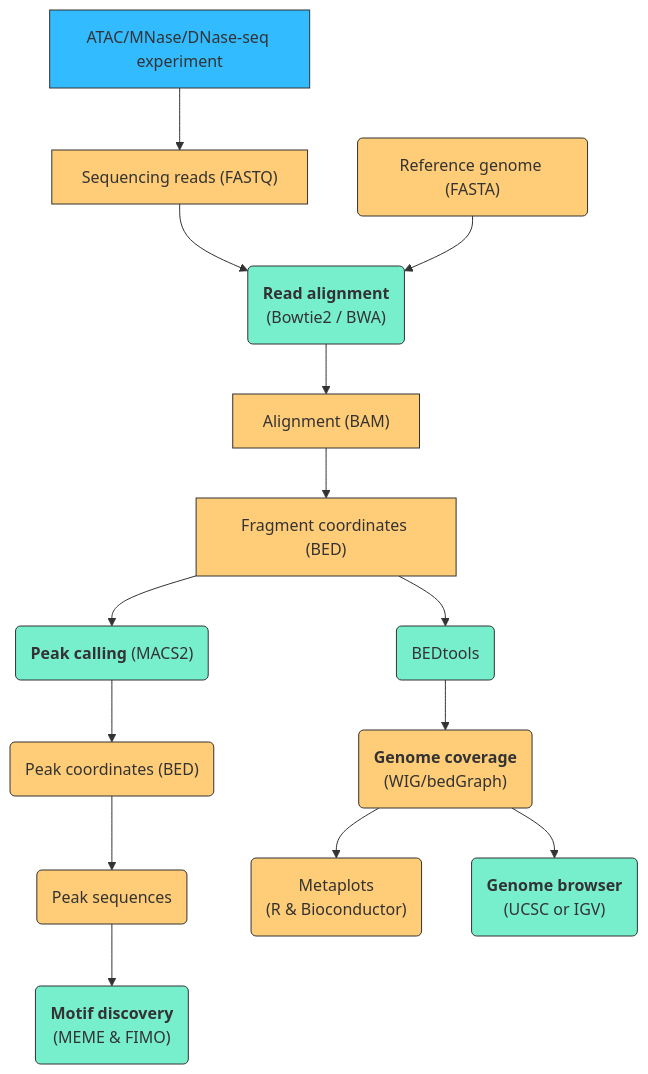
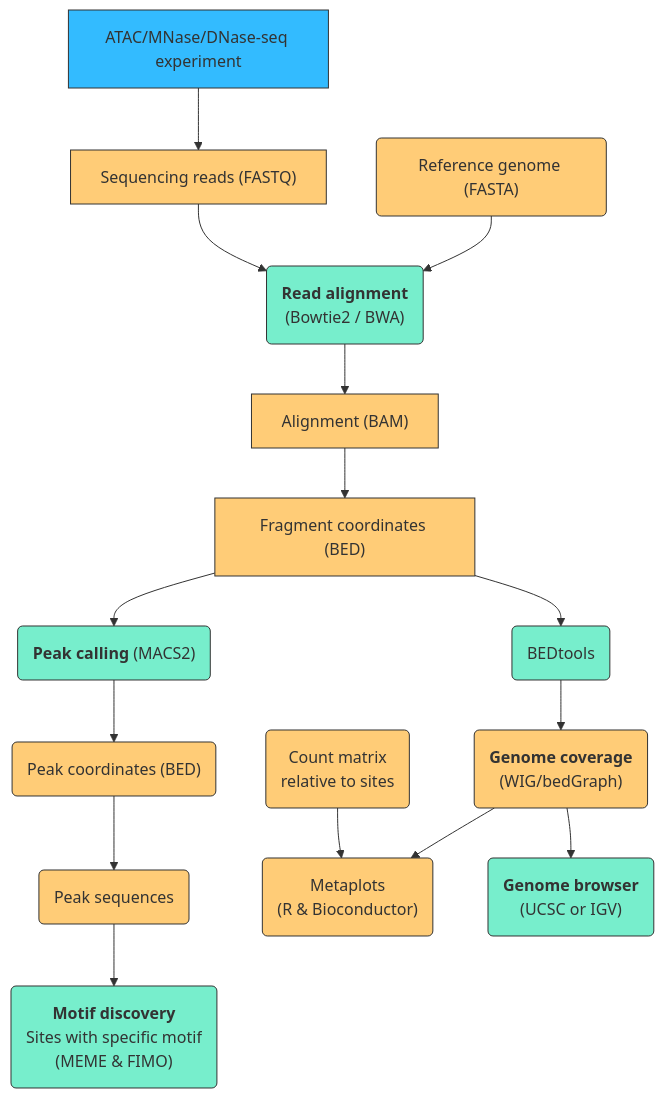
The diagram in slides/slides-16.qmd (rnabioco/molb-7950), drawn with Mermaid before and after one commit.

Commit message:
workflow

````diff
--- a/slides/slides-16.qmd
+++ b/slides/slides-16.qmd
@@ -74,55 +74,59 @@
 ```{mermaid}
 %%{init: {"flowchart": { "useMaxWidth": true, "htmlLabels": false}} }%%
 flowchart TB
 
   EXP[ATAC/MNase/DNase-seq experiment]:::exp
   
   %% files %%
   FQ["Sequencing reads (FASTQ)"]:::file
   FAREF("Reference genome (FASTA)"):::file
   BAM["Alignment (BAM)"]:::file 
   BEDFRAG["Fragment coordinates (BED)"]:::file
   BEDPEAK("Peak coordinates (BED)"):::file
   FAPEAK("Peak sequences"):::file
   WIG("`**Genome coverage**
   (WIG/bedGraph)`"):::file
   META("`Metaplots
   (R & Bioconductor)`"):::file
+  MTX("`Count matrix
+  relative to sites`"):::file
  
   %% software %% 
   ALN("`**Read alignment**
   (Bowtie2 / BWA)`"):::sw
   PEAKCALL("`**Peak calling** (MACS2)`"):::sw
   MOTIFS("` **Motif discovery**
+  Sites with specific motif
   (MEME & FIMO)`"):::sw
   BEDTOOLS("`BEDtools`"):::sw
   BROWSE("`**Genome browser**
   (UCSC or IGV)`"):::sw
   
   EXP --> FQ
   FQ --> ALN
   FAREF --> ALN
   ALN --> BAM
   BAM --> BEDFRAG
   %% genome browser %%
   BEDFRAG --> BEDTOOLS --> WIG
   WIG --> BROWSE
+  MTX --> META
   WIG --> META
   %% peak calling %%
   BEDFRAG --> PEAKCALL
   PEAKCALL --> BEDPEAK
   BEDPEAK --> FAPEAK
   FAPEAK --> MOTIFS 
 
   click WIG href "https://genome.ucsc.edu/goldenPath/help/bedgraph.html"
   click BROWSE href "https://software.broadinstitute.org/software/igv/"
   click ALN href "https://bowtie-bio.sourceforge.net/bowtie2/manual.shtml"
   click BEDTOOLS href "https://bedtools.readthedocs.io/en/latest/"
   click PEAKCALL href "https://macs3-project.github.io/MACS/"
   click MOTIFS href "https://meme-suite.org/meme/"
   
   classDef default fill:#ddd,stroke:#333,stroke-width:1px;
   classDef exp fill:#3bf
   classDef file fill:#fc7
   classDef sw fill:#7ec
 ```
````
